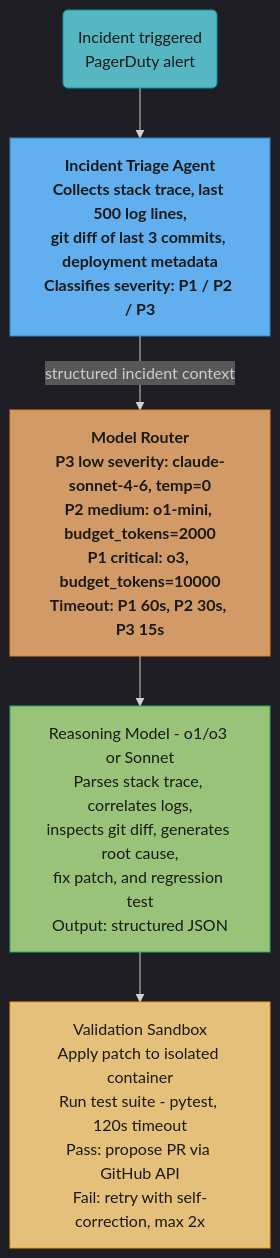
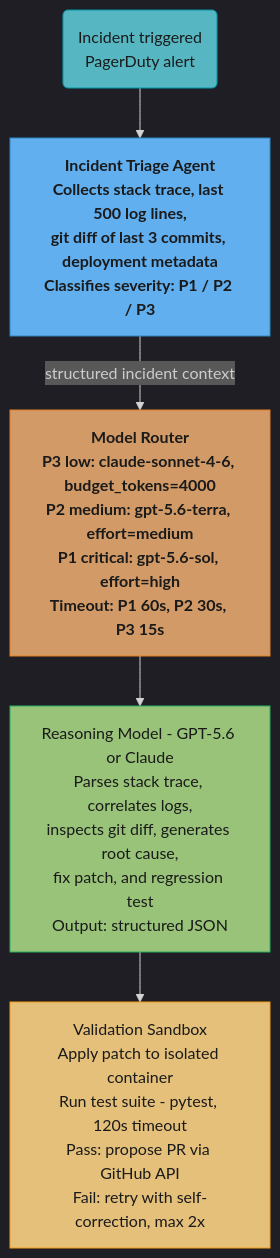
The third of 3 diagrams in src/main/java/com/rutik/systemdesign/llm/reasoning_models/README.md (rppol/system-design), drawn with Mermaid before and after one commit. The commit also changed other lines of this file and 113 other files, not shown here.

````diff
--- a/src/main/java/com/rutik/systemdesign/llm/reasoning_models/README.md
+++ b/src/main/java/com/rutik/systemdesign/llm/reasoning_models/README.md
@@ -743,25 +791,25 @@
 ```mermaid
 %%{init: {'flowchart': {'curve': 'basis'}, 'theme': 'dark'}}%%
 flowchart TD
     classDef io      fill:#61afef,stroke:#2e86c1,color:#1a1a1a,font-weight:bold
     classDef frozen  fill:#c678dd,stroke:#9b59b6,color:#fff
     classDef train   fill:#98c379,stroke:#27ae60,color:#1a1a1a
     classDef mathOp  fill:#d19a66,stroke:#e67e22,color:#1a1a1a,font-weight:bold
     classDef lossN   fill:#e06c75,stroke:#c0392b,color:#fff,font-weight:bold
     classDef req     fill:#56b6c2,stroke:#0097a7,color:#1a1a1a
     classDef base    fill:#e5c07b,stroke:#f39c12,color:#1a1a1a
 
     TRIGGER("Incident triggered<br/>PagerDuty alert")
     TRIAGE["Incident Triage Agent<br/>Collects stack trace, last 500 log lines,<br/>git diff of last 3 commits, deployment metadata<br/>Classifies severity: P1 / P2 / P3"]
-    ROUTER["Model Router<br/>P3 low severity: claude-sonnet-4-6, temp=0<br/>P2 medium: o1-mini, budget_tokens=2000<br/>P1 critical: o3, budget_tokens=10000<br/>Timeout: P1 60s, P2 30s, P3 15s"]
-    REASON["Reasoning Model - o1/o3 or Sonnet<br/>Parses stack trace, correlates logs,<br/>inspects git diff, generates root cause,<br/>fix patch, and regression test<br/>Output: structured JSON"]
+    ROUTER["Model Router<br/>P3 low: claude-sonnet-4-6, budget_tokens=4000<br/>P2 medium: gpt-5.6-terra, effort=medium<br/>P1 critical: gpt-5.6-sol, effort=high<br/>Timeout: P1 60s, P2 30s, P3 15s"]
+    REASON["Reasoning Model - GPT-5.6 or Claude<br/>Parses stack trace, correlates logs,<br/>inspects git diff, generates root cause,<br/>fix patch, and regression test<br/>Output: structured JSON"]
     VALID["Validation Sandbox<br/>Apply patch to isolated container<br/>Run test suite - pytest, 120s timeout<br/>Pass: propose PR via GitHub API<br/>Fail: retry with self-correction, max 2x"]
 
     TRIGGER --> TRIAGE -- "structured incident context" --> ROUTER --> REASON --> VALID
 
     class TRIGGER req
     class TRIAGE io
     class ROUTER mathOp
     class REASON train
     class VALID base
 ```
````
